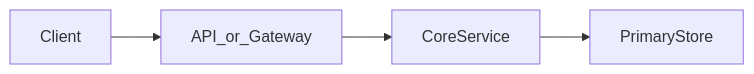
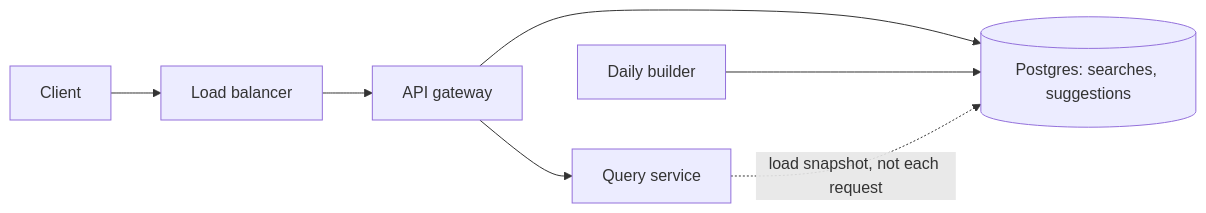
One commit to CharlotteYW/system-design-interview changed the first of 4 diagrams in questions/search-autocomplete/FLOW.md. Above: the diagram before and after it, drawn with Mermaid. The commit also changed other lines of this file and 20 other files, not shown here.

````diff
--- a/questions/search-autocomplete/FLOW.md
+++ b/questions/search-autocomplete/FLOW.md
@@ -7,8 +7,13 @@
 ```mermaid
 flowchart LR
   client[Client]
-  api[API_or_Gateway]
-  service[CoreService]
-  store[PrimaryStore]
-  client --> api --> service --> store
+  lb[Load balancer]
+  gw[API gateway]
+  query[Query service]
+  build[Daily builder]
+  pg[(Postgres: searches, suggestions)]
+  client --> lb --> gw --> query
+  gw --> pg
+  build --> pg
+  query -.->|load snapshot, not each request| pg
 ```
````
